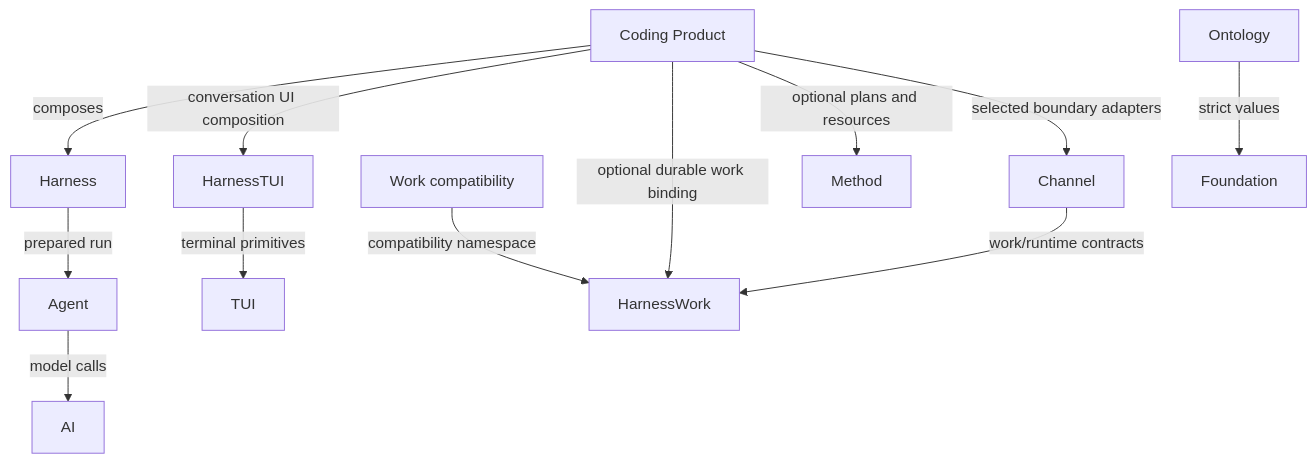
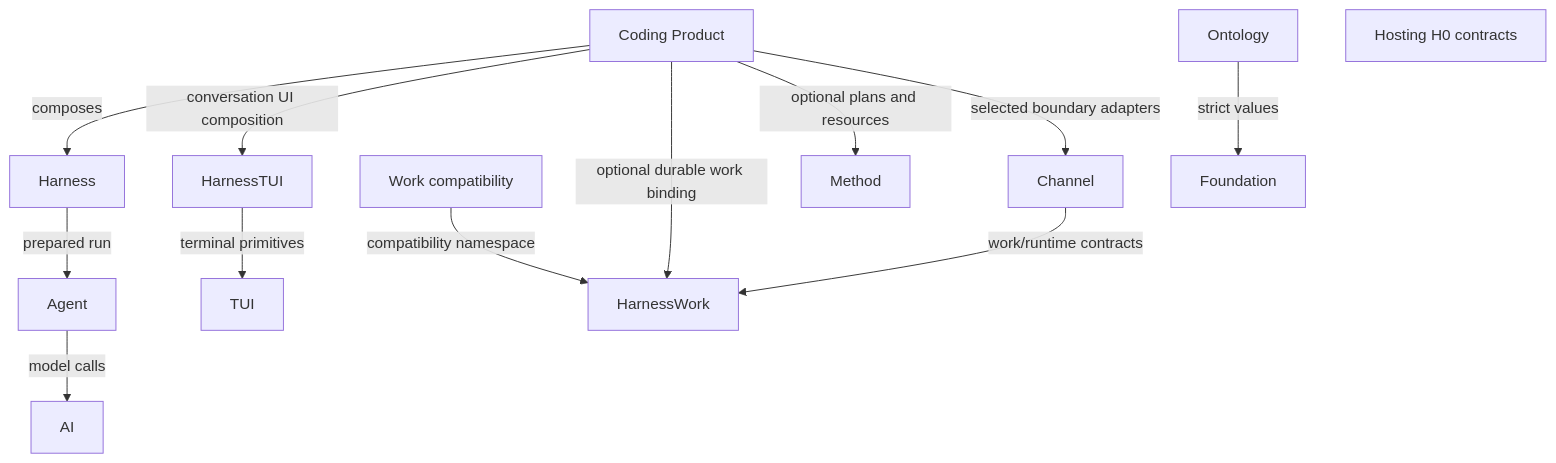
Before and after one commit to zhnt/loushang: the diagram in docs/internals/architecture/architecture-overview.md, drawn with Mermaid. The commit also changed other lines of this file and 25 other files, not shown here.

````diff
--- a/docs/internals/architecture/architecture-overview.md
+++ b/docs/internals/architecture/architecture-overview.md
@@ -102,27 +103,28 @@
 ```mermaid
 flowchart TD
     CODING["Coding Product"]
     HARNESS["Harness"]
     AGENT["Agent"]
     AI["AI"]
     HTUI["HarnessTUI"]
     TUI["TUI"]
     HWORK["HarnessWork"]
     WORK["Work compatibility"]
     METHOD["Method"]
     CHANNEL["Channel"]
     ONTOLOGY["Ontology"]
+    HOSTING["Hosting H0 contracts"]
     FOUNDATION["Foundation"]
 
     CODING -->|composes| HARNESS
     HARNESS -->|prepared run| AGENT
     AGENT -->|model calls| AI
     CODING -->|conversation UI composition| HTUI
     HTUI -->|terminal primitives| TUI
     CODING -->|optional durable work binding| HWORK
     WORK -->|compatibility namespace| HWORK
     CODING -->|optional plans and resources| METHOD
     CODING -->|selected boundary adapters| CHANNEL
     CHANNEL -->|work/runtime contracts| HWORK
     ONTOLOGY -->|strict values| FOUNDATION
 ```
````
